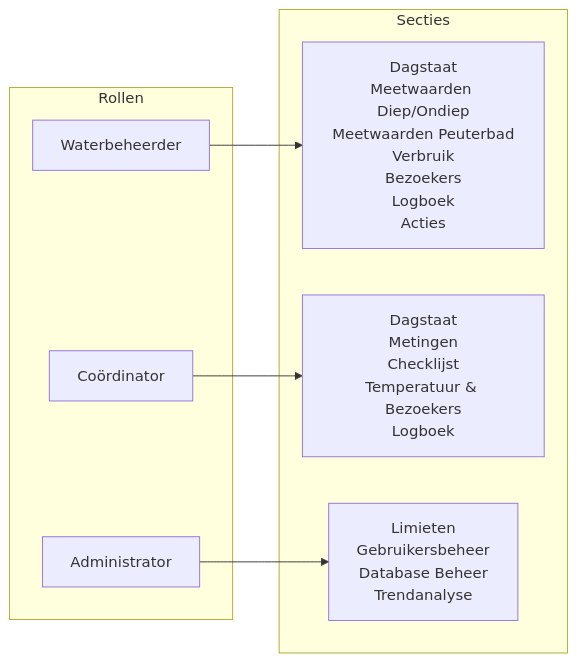
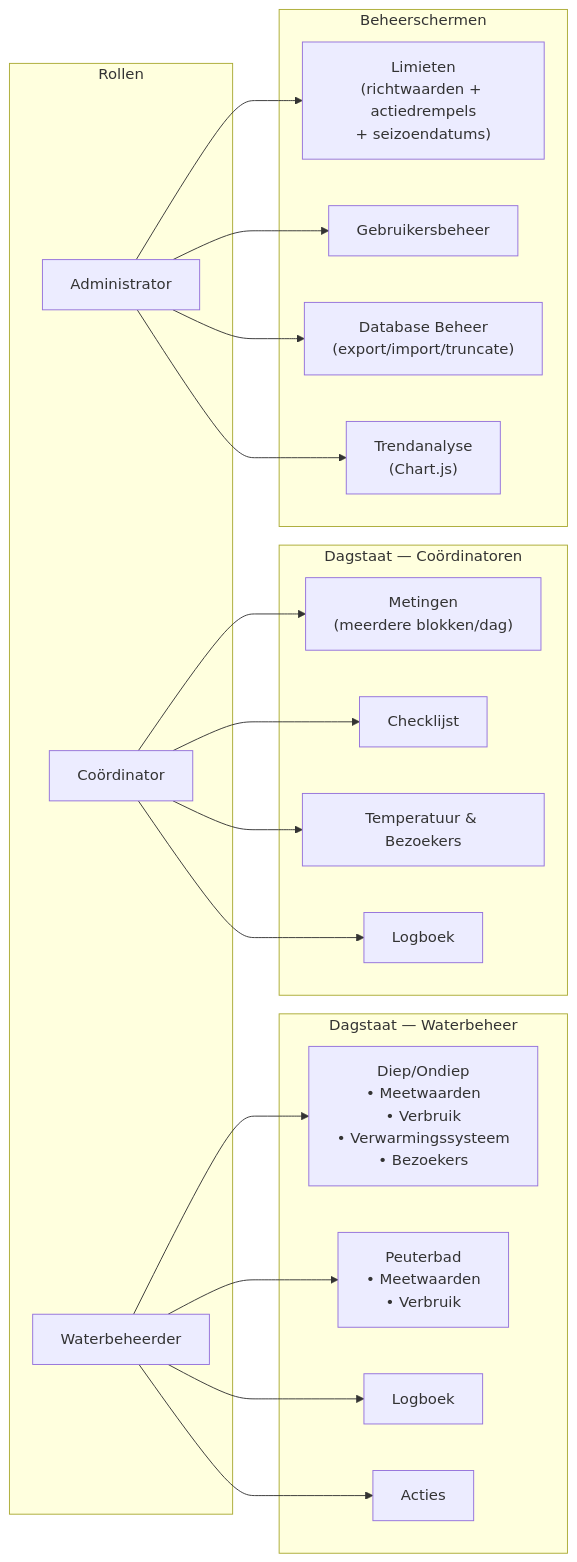
The fifth of 9 diagrams in docs/architecture.md (pjgheijmans/NewSiteWaterbeheerDeBercken), drawn with Mermaid before and after one commit. The commit also changed other lines of this file, not shown here.

Commit message:
Update architecture diagram

````diff
--- a/docs/architecture.md
+++ b/docs/architecture.md
@@ -129,18 +192,33 @@
 ```mermaid
 graph LR
     subgraph Rollen
         WB["Waterbeheerder"]
         CO["Coördinator"]
         AD["Administrator"]
     end
 
-    subgraph Secties
-        S1["Dagstaat\nMeetwaarden Diep/Ondiep\nMeetwaarden Peuterbad\nVerbruik\nBezoekers\nLogboek\nActies"]
-        S2["Dagstaat\nMetingen\nChecklijst\nTemperatuur & Bezoekers\nLogboek"]
-        S3["Limieten\nGebruikersbeheer\nDatabase Beheer\nTrendanalyse"]
+    subgraph WB_Tab["Dagstaat — Waterbeheer"]
+        WB1["Diep/Ondiep\n• Meetwaarden\n• Verbruik\n• Verwarmingssysteem\n• Bezoekers"]
+        WB2["Peuterbad\n• Meetwaarden\n• Verbruik"]
+        WB3["Logboek"]
+        WB4["Acties"]
     end
 
-    WB --> S1
-    CO --> S2
-    AD --> S3
+    subgraph CO_Tab["Dagstaat — Coördinatoren"]
+        CO1["Metingen\n(meerdere blokken/dag)"]
+        CO2["Checklijst"]
+        CO3["Temperatuur & Bezoekers"]
+        CO4["Logboek"]
+    end
+
+    subgraph AD_Tab["Beheerschermen"]
+        AD1["Limieten\n(richtwaarden + actiedrempels\n+ seizoendatums)"]
+        AD2["Gebruikersbeheer"]
+        AD3["Database Beheer\n(export/import/truncate)"]
+        AD4["Trendanalyse\n(Chart.js)"]
+    end
+
+    WB --> WB1 & WB2 & WB3 & WB4
+    CO --> CO1 & CO2 & CO3 & CO4
+    AD --> AD1 & AD2 & AD3 & AD4
 ```
````
